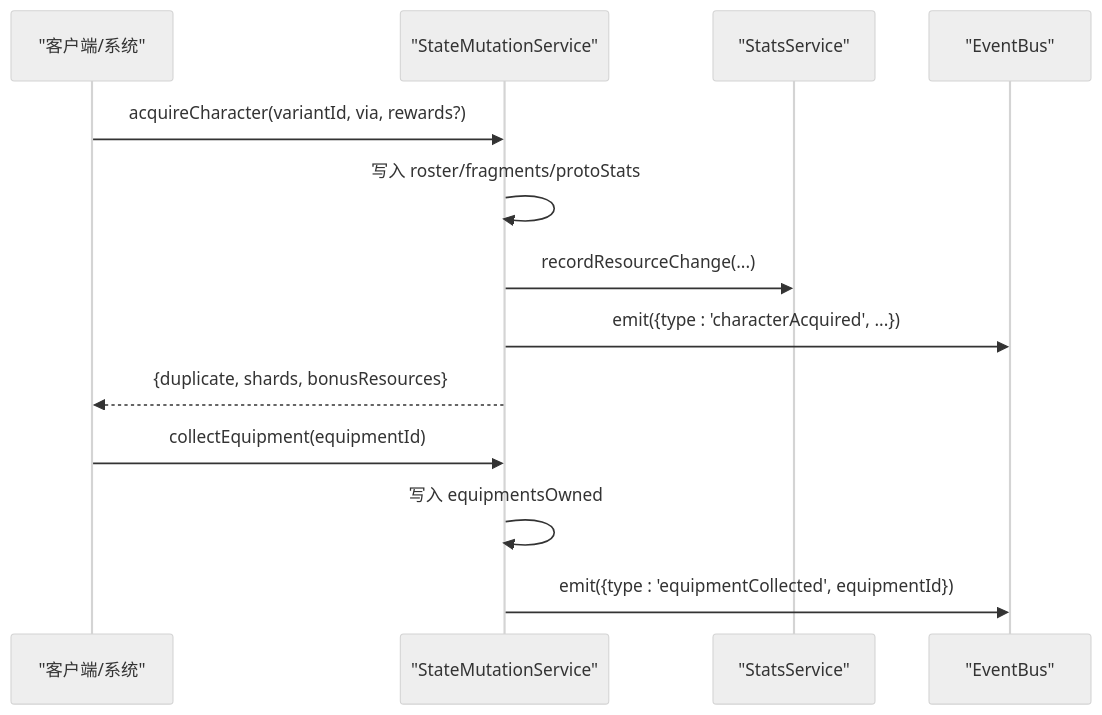
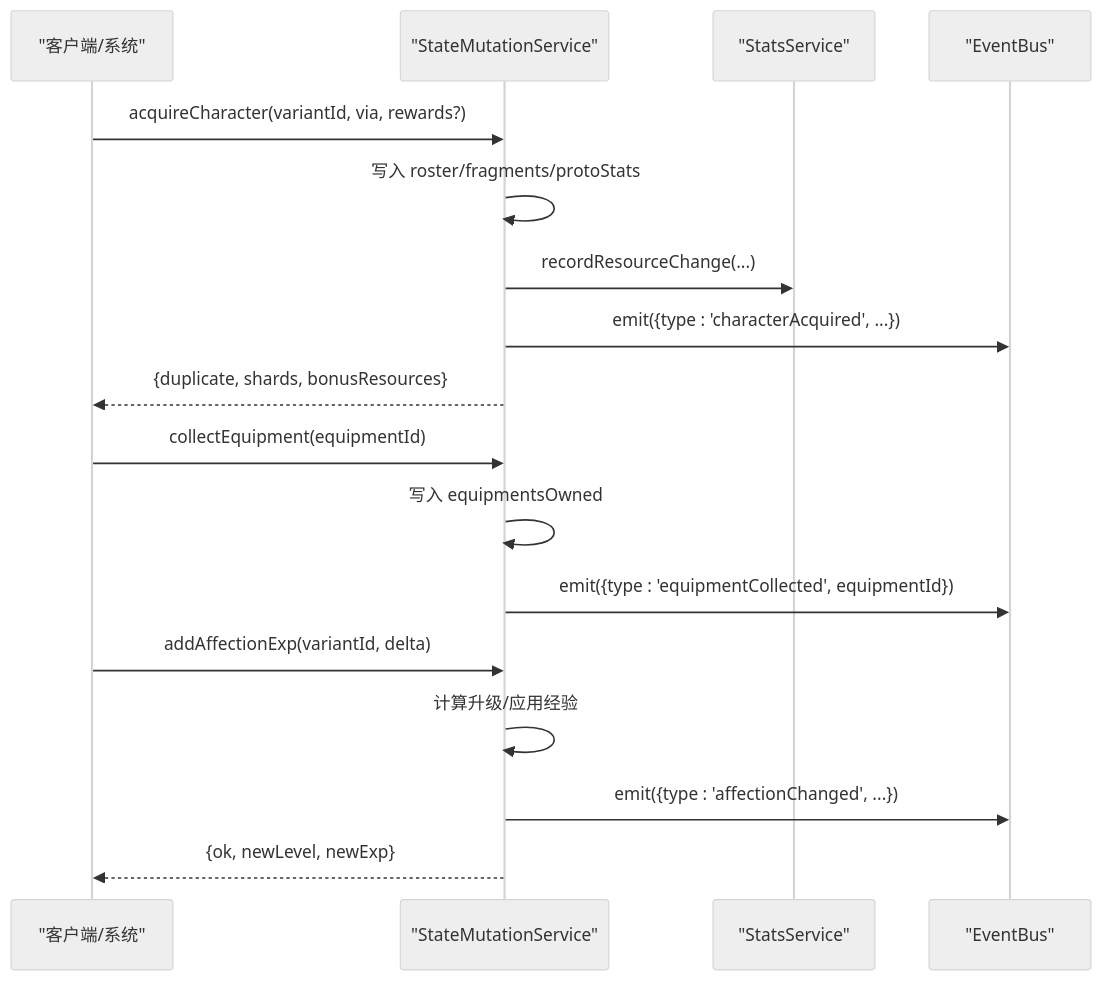
Before and after one commit to EsiLA9/Arona-Clicker: the tenth of 12 diagrams in .qoder/repowiki/zh/content/游戏系统/角色系统.md, drawn with Mermaid (neutral theme). The commit also changed other lines of this file and 79 other files, not shown here.

````diff
--- a/.qoder/repowiki/zh/content/游戏系统/角色系统.md
+++ b/.qoder/repowiki/zh/content/游戏系统/角色系统.md
@@ -358,15 +420,19 @@
 ```mermaid
 sequenceDiagram
 participant Client as "客户端/系统"
 participant Mut as "StateMutationService"
 participant Stats as "StatsService"
 participant Bus as "EventBus"
 Client->>Mut : acquireCharacter(variantId, via, rewards?)
 Mut->>Mut : 写入 roster/fragments/protoStats
 Mut->>Stats : recordResourceChange(...)
 Mut->>Bus : emit({type : 'characterAcquired', ...})
 Mut-->>Client : {duplicate, shards, bonusResources}
 Client->>Mut : collectEquipment(equipmentId)
 Mut->>Mut : 写入 equipmentsOwned
 Mut->>Bus : emit({type : 'equipmentCollected', equipmentId})
+Client->>Mut : addAffectionExp(variantId, delta)
+Mut->>Mut : 计算升级/应用经验
+Mut->>Bus : emit({type : 'affectionChanged', ...})
+Mut-->>Client : {ok, newLevel, newExp}
 ```
````
